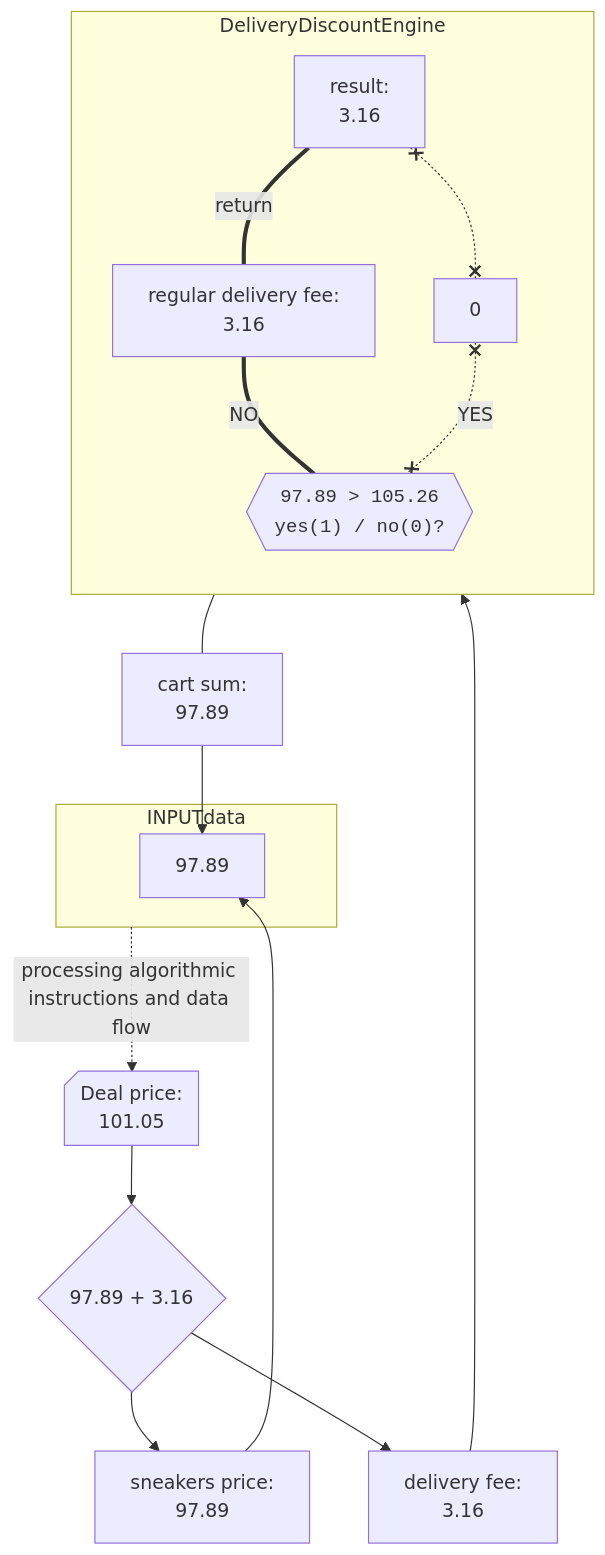
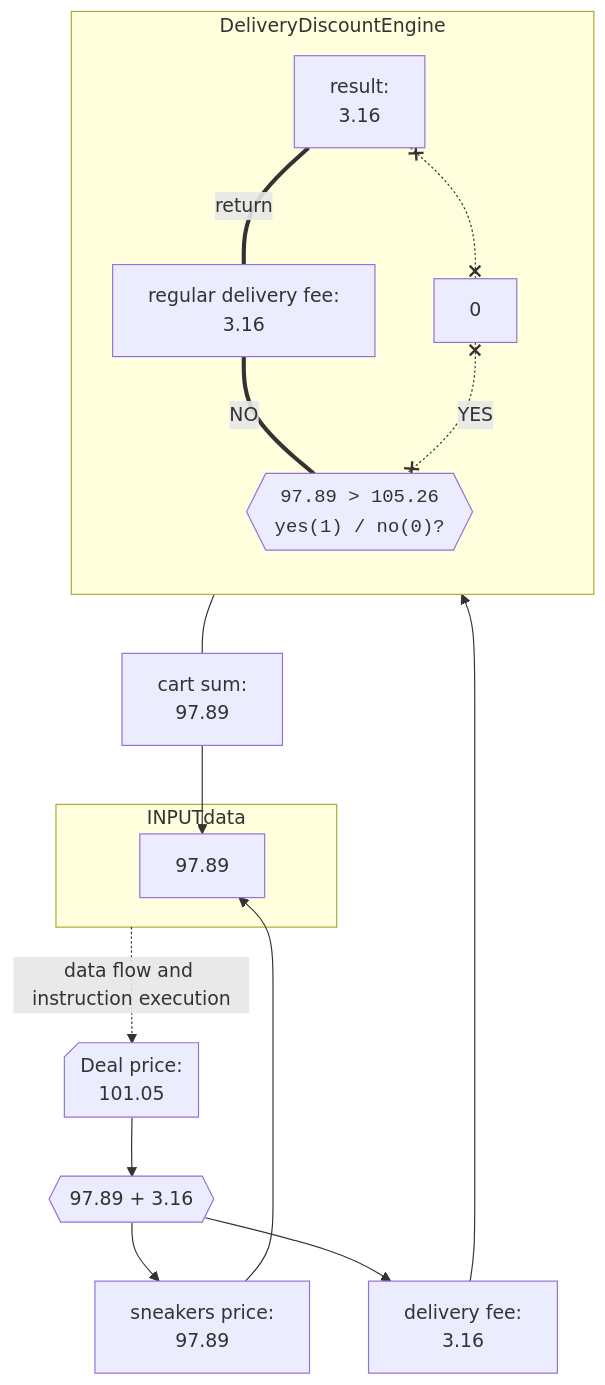
Diagram 13 of 18 in README.md (Walter462/Sneakers), drawn with Mermaid before and after one commit. The commit also changed other lines of this file, not shown here.

````diff
--- a/README.md
+++ b/README.md
@@ -574,36 +578,34 @@
 ```mermaid
 %%{ init : { "themeVariables": { "htmlLabels": true }}}%%
 graph TB
   Deal_price@{shape: card, label: "Deal price: \n 101.05 "}
-  Sum@{shape: diamond, label: " 97.89 + 3.16"}
-  Deal_price -->Sum  
+  Sum@{shape: hex, label: " 97.89 + 3.16"}
+  Deal_price --> Sum  
   Sum --> sneakers_price@{shape: rect, label: "sneakers price: \n 97.89"} 
   Sum --> delivery_fee@{shape: rect, label: "delivery fee: \n 3.16"}
   
   sneakers_price --> store1.sneakers_price@{shape: rect, label: "97.89"}
 
   delivery_fee --> Result
     GT@{shape: hex, label: "<code>97.89 > 105.26 \n yes(1) / no(0)?</code>"}
 
     DeliveryFee@{shape: rect, label: "regular delivery fee: \n 3.16"} ===|NO| GT
     DeliveryNull@{shape: rect, label: "0"} x-.-x |YES|GT
 
     Result@{shape: rect, label: "result:\n 3.16"}
     Result === |return| DeliveryFee 
     Result x-.-x DeliveryNull 
   subgraph DeliveryDiscountEngine
     direction TB
     Result
     DeliveryFee
     DeliveryNull
     GT
   end
   GT --- cart_sum@{shape: rect, label: "cart sum:\n 97.89"} 
   cart_sum --> store1.sneakers_price
   subgraph INPUTdata
     store1.sneakers_price
   end 
-
-INPUTdata -.->|processing algorithmic instructions and data flow| Deal_price
-
-  ```
+INPUTdata -.->|data flow and instruction execution| Deal_price
+```
````
